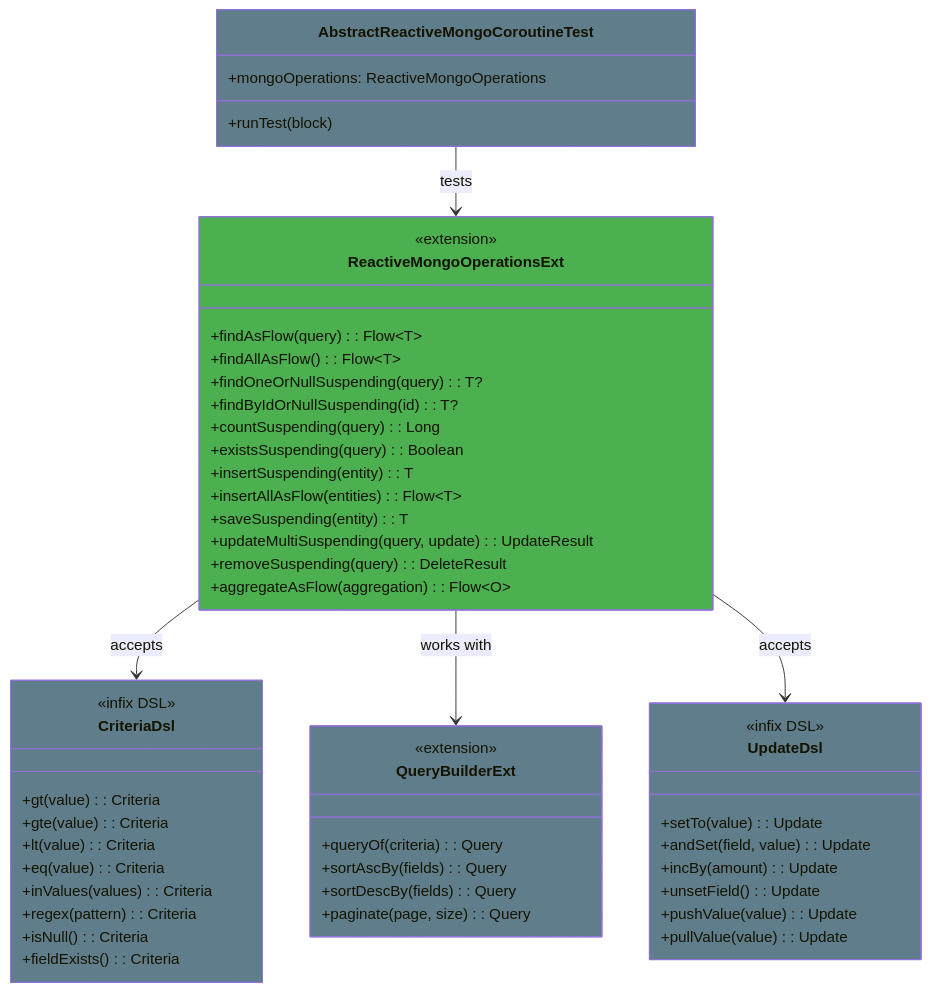
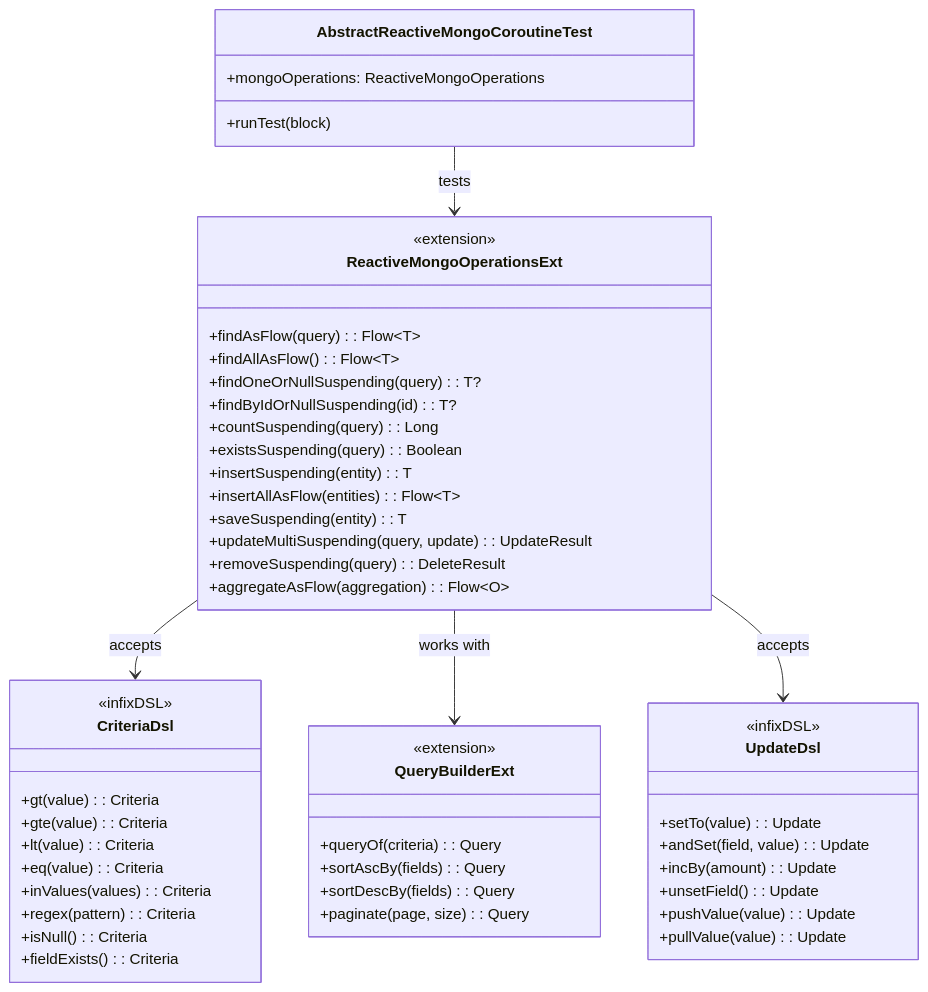
Before and after one commit to bluetape4k/bluetape4k-projects: the first of 4 diagrams in spring-boot3/mongodb/README.md, drawn with Mermaid. The commit also changed other lines of this file and 95 other files, not shown here.

First line of the commit message:
docs: Mermaid 파서 오류 전체 수정 (IntelliJ IDEA 호환)

````diff
--- a/spring-boot3/mongodb/README.md
+++ b/spring-boot3/mongodb/README.md
@@ -212,60 +212,54 @@
 ```mermaid
 classDiagram
-    class ReactiveMongoOperationsExt:::serviceStyle {
+    class ReactiveMongoOperationsExt {
         <<extension>>
         +findAsFlow(query): Flow~T~
         +findAllAsFlow(): Flow~T~
         +findOneOrNullSuspending(query): T?
         +findByIdOrNullSuspending(id): T?
         +countSuspending(query): Long
         +existsSuspending(query): Boolean
         +insertSuspending(entity): T
         +insertAllAsFlow(entities): Flow~T~
         +saveSuspending(entity): T
         +updateMultiSuspending(query, update): UpdateResult
         +removeSuspending(query): DeleteResult
         +aggregateAsFlow(aggregation): Flow~O~
     }
-    class CriteriaDsl:::configStyle {
-        <<infix DSL>>
+    class CriteriaDsl {
+        <<infixDSL>>
         +gt(value): Criteria
         +gte(value): Criteria
         +lt(value): Criteria
         +eq(value): Criteria
         +inValues(values): Criteria
         +regex(pattern): Criteria
         +isNull(): Criteria
         +fieldExists(): Criteria
     }
-    class QueryBuilderExt:::configStyle {
+    class QueryBuilderExt {
         <<extension>>
         +queryOf(criteria): Query
         +sortAscBy(fields): Query
         +sortDescBy(fields): Query
         +paginate(page, size): Query
     }
-    class UpdateDsl:::configStyle {
-        <<infix DSL>>
+    class UpdateDsl {
+        <<infixDSL>>
         +setTo(value): Update
         +andSet(field, value): Update
         +incBy(amount): Update
         +unsetField(): Update
         +pushValue(value): Update
         +pullValue(value): Update
     }
-    class AbstractReactiveMongoCoroutineTest:::configStyle {
+    class AbstractReactiveMongoCoroutineTest {
         +mongoOperations: ReactiveMongoOperations
         +runTest(block)
     }
-    classDef controllerStyle fill:#2196F3
-    classDef serviceStyle fill:#4CAF50
-    classDef repoStyle fill:#9C27B0
-    classDef entityStyle fill:#FF9800
-    classDef configStyle fill:#607D8B
-    classDef cacheStyle fill:#F44336
 
     ReactiveMongoOperationsExt --> CriteriaDsl : accepts
     ReactiveMongoOperationsExt --> QueryBuilderExt : works with
     ReactiveMongoOperationsExt --> UpdateDsl : accepts
     AbstractReactiveMongoCoroutineTest --> ReactiveMongoOperationsExt : tests
 ```
````
